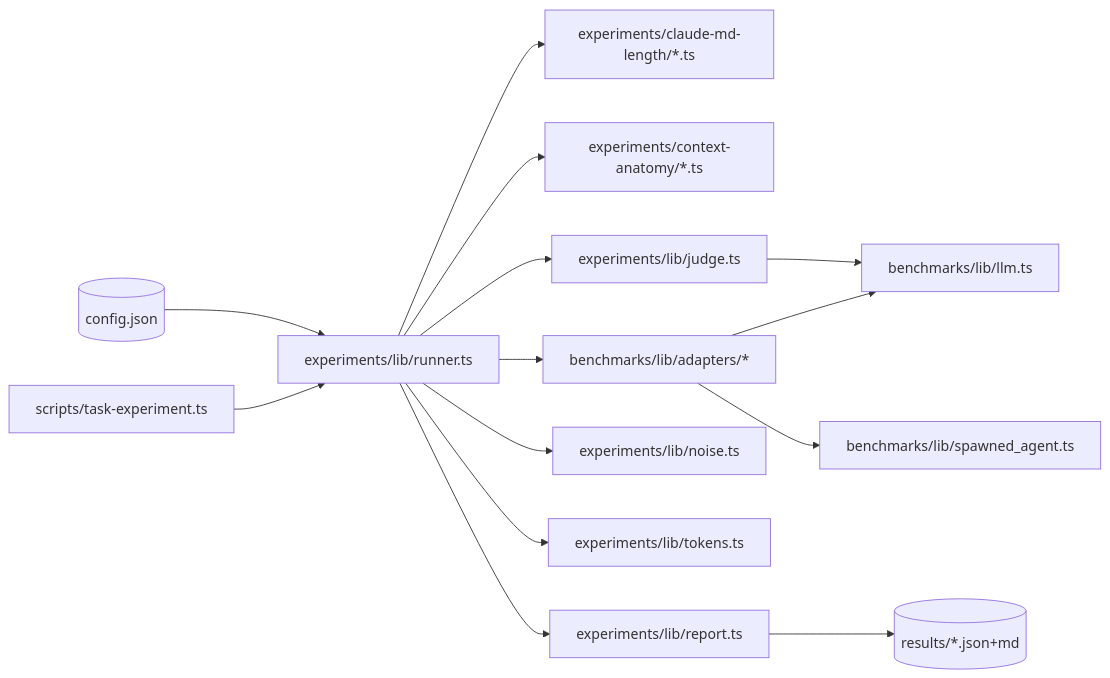
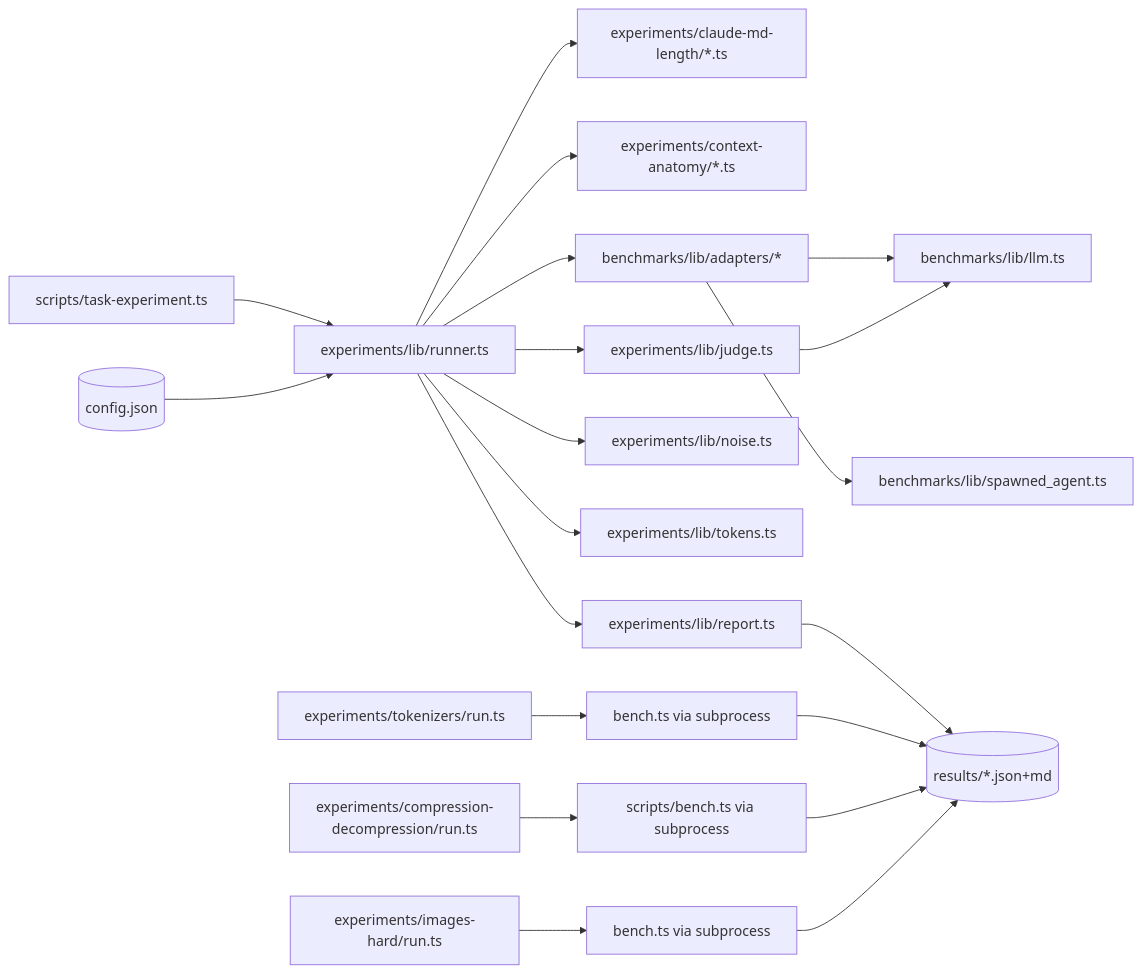
Before and after one commit to korchasa/flowai-experiments: the diagram in documents/design.md, drawn with Mermaid. The commit also changed other lines of this file and 116 other files, not shown here.

First line of the commit message:
Migrate tokenizers, compression-decompression, images-hard benchmarks

````diff
--- a/documents/design.md
+++ b/documents/design.md
@@ -12,16 +12,22 @@
 ```mermaid
 flowchart LR
   CLI[scripts/task-experiment.ts] --> Runner
   Runner[experiments/lib/runner.ts] --> VariantA[experiments/claude-md-length/*.ts]
   Runner --> VariantB[experiments/context-anatomy/*.ts]
   Runner --> Adapter[benchmarks/lib/adapters/*]
   Runner --> Judge[experiments/lib/judge.ts]
   Runner --> Noise[experiments/lib/noise.ts]
   Runner --> Tokens[experiments/lib/tokens.ts]
   Runner --> Report[experiments/lib/report.ts]
   Adapter --> LLM[benchmarks/lib/llm.ts]
   Judge --> LLM
   Adapter --> Spawn[benchmarks/lib/spawned_agent.ts]
   Report --> Results[(results/*.json+md)]
   Config[(config.json)] --> Runner
+  ShimTok[experiments/tokenizers/run.ts] --> BenchTok[bench.ts via subprocess]
+  ShimComp[experiments/compression-decompression/run.ts] --> BenchComp[scripts/bench.ts via subprocess]
+  ShimImg[experiments/images-hard/run.ts] --> BenchImg[bench.ts via subprocess]
+  BenchTok --> Results
+  BenchComp --> Results
+  BenchImg --> Results
 ```
````
